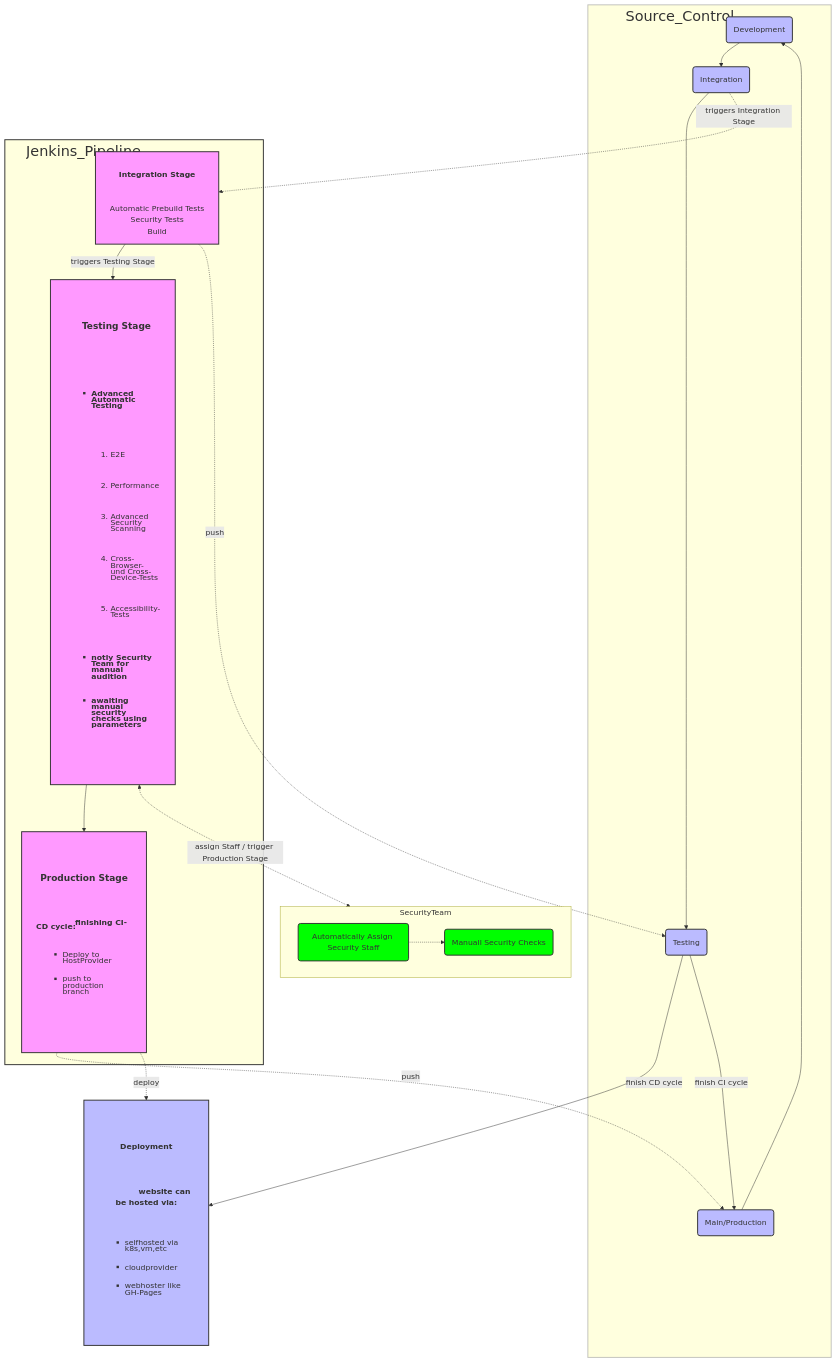
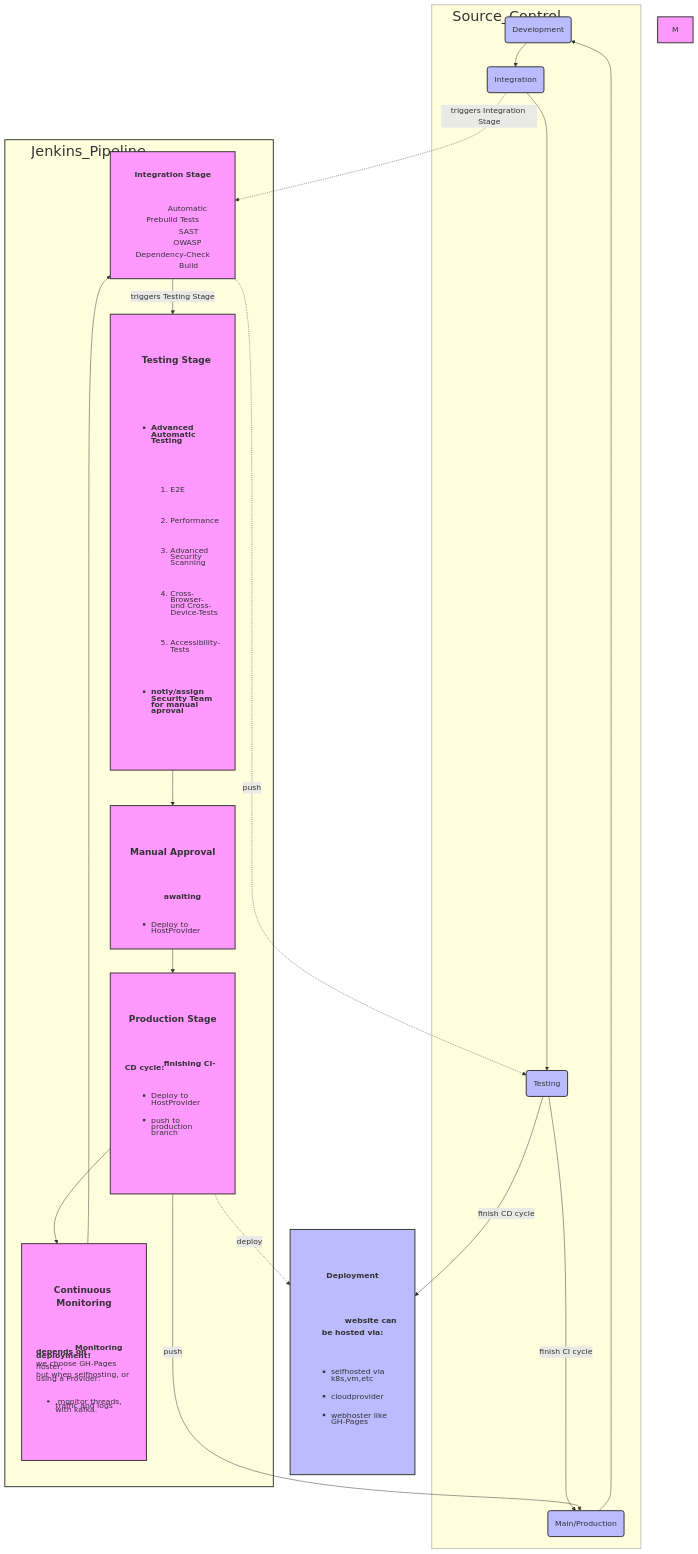
The diagram in README.md (ji-podhead/ji-podhead-blog), drawn with Mermaid before and after one commit.

```diff
--- a/README.md
+++ b/README.md
@@ -17,13 +17,14 @@
 
     subgraph "Jenkins_Pipeline"
 		
-	     Integration[
+	Integration[
 	    <h4>Integration Stage</h4>
 	     Automatic Prebuild Tests
-	     Security Tests
+	     SAST
+             OWASP Dependency-Check
 	     Build
-	    ]
-		Testing[
+	]
+	Testing[
 				<div style="text-align: center;margin-left: 15px">
 				<h3>Testing Stage</h3>
 				<ul style="text-align: left;list-style: square; line-height: 0.8;">
@@ -35,11 +36,18 @@
 					<li>Cross-Browser- und Cross-Device-Tests</li>
 					<li>Accessibility-Tests</li>
 				</ol>
-				<li><b>notiy Security Team for manual audition</b></li>
-				<li><b>awaiting manual security checks using parameters</b></li>
+				<li><b>notiy/assign Security Team for manual aproval</b></li>
 				</ul>
 				</div>
-		    ] 
+	]
+	Manual_Approval[
+		<div style="text-align: center; ">
+		<h3>Manual Approval</h3>
+		<div style="text-align:left; line-height: 0.5;">
+		<b>awaiting </b>
+		<ul style="text-align: left;list-style: square; margin-left: 15px; line-height: 0.8;">	
+		<li>Deploy to HostProvider</li>
+		] 
         Production[
 		<div style="text-align: center; ">
 		<h3>Production Stage</h3>
@@ -51,14 +59,24 @@
 		</ul>
                 </div>
 		</div>
-        	]
+		]
+	Monitoring[
+		<div style="text-align: center; ">
+		<h3>Continuous Monitoring</h3>
+		<div style="text-align:left; line-height: 0.5;">
+		<b>Monitoring depends on deployment!</b>
+		<br>we choose GH-Pages hoster,
+		<br>but when selfhosting, or using a Provider:
+		<ul>
+		<li> monitor threads, traffic and logs with kafka.</li>
+</ul>
+		</div>
+		</div>
+		]
+
 	end
 	
-	subgraph "SecurityTeam"
-		SECURITY("Automatically Assign Security Staff")
-	    	MANUAL_SECURITY("Manuall Security Checks")
-	    	SECURITY -.-> MANUAL_SECURITY
-    	end
+
 
 	GH[
 		<div style="text-align: center;">
@@ -79,19 +97,20 @@
 	T --"finish CD cycle"--> GH
 	T --"finish CI cycle"--> M 
 	Integration -- "triggers Testing Stage"--> Testing
-	Testing --> Production
+	
 	I -. "triggers Integration Stage".-> Integration
     	Integration -. "push".-> T
-      	Testing <-."assign Staff / trigger Production Stage".-> SecurityTeam
-   	
-    
-    Production -."push".-> M
-    Production -."deploy".-> GH 
-
+      	Testing --> Manual_Approval
+   	Manual_Approval --> Production 
+       	Production -- "push"---> M
+C[M];
+    	Production -."deploy".-> GH
+	Production -->Monitoring
+	Monitoring -->Integration
     classDef default fill:#f9f,stroke:#333,stroke-width:2px;
     classDef branch fill:#bbf,stroke:#333,stroke-width:2px;
     classDef action fill:#0f0,stroke:#333,stroke-width:2px;
-    classDef securityTeam fill:#00f,stroke:#333,stroke-width:2px;
+    classDef Manual_Approval fill:#00f,stroke:#333,stroke-width:2px;
     class P,I,T,GH,M,D branch
     class SECURITY,MANUAL_SECURITY action
 	class Jenkins_Pipeline JP
```
